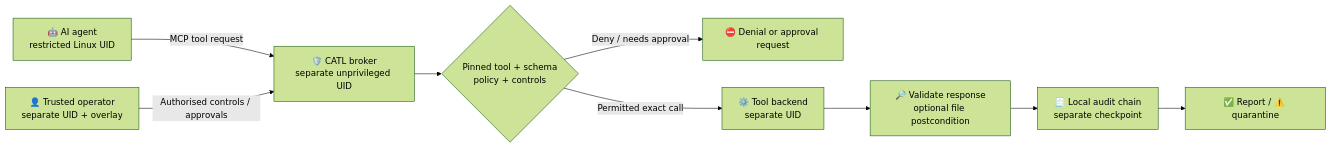
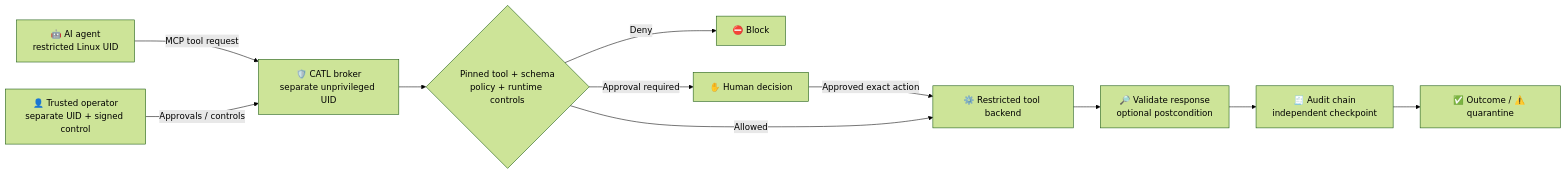
The diagram in README.md (BryanFiFife/CATL), drawn with Mermaid (forest theme) before and after one commit. The commit also changed other lines of this file, not shown here.

````diff
--- a/README.md
+++ b/README.md
@@ -39,11 +102,13 @@
 ```mermaid
 flowchart LR
     A["🤖 AI agent<br/>restricted Linux UID"] -->|"MCP tool request"| B["🛡️ CATL broker<br/>separate unprivileged UID"]
-    O["👤 Trusted operator<br/>separate UID + overlay"] -->|"Authorised controls / approvals"| B
-    B --> P{"Pinned tool + schema<br/>policy + controls"}
-    P -->|"Deny / needs approval"| D["⛔ Denial or approval request"]
-    P -->|"Permitted exact call"| T["⚙️ Tool backend<br/>separate UID"]
-    T --> V["🔎 Validate response<br/>optional file postcondition"]
-    V --> L["🧾 Local audit chain<br/>separate checkpoint"]
-    L --> R["✅ Report / ⚠️ quarantine"]
+    O["👤 Trusted operator<br/>separate UID + signed control"] -->|"Approvals / controls"| B
+    B --> P{"Pinned tool + schema<br/>policy + runtime controls"}
+    P -->|"Deny"| D["⛔ Block"]
+    P -->|"Approval required"| H["✋ Human decision"]
+    H -->|"Approved exact action"| T["⚙️ Restricted tool backend"]
+    P -->|"Allowed"| T
+    T --> V["🔎 Validate response<br/>optional postcondition"]
+    V --> L["🧾 Audit chain<br/>independent checkpoint"]
+    L --> R["✅ Outcome / ⚠️ quarantine"]
 ```
````
